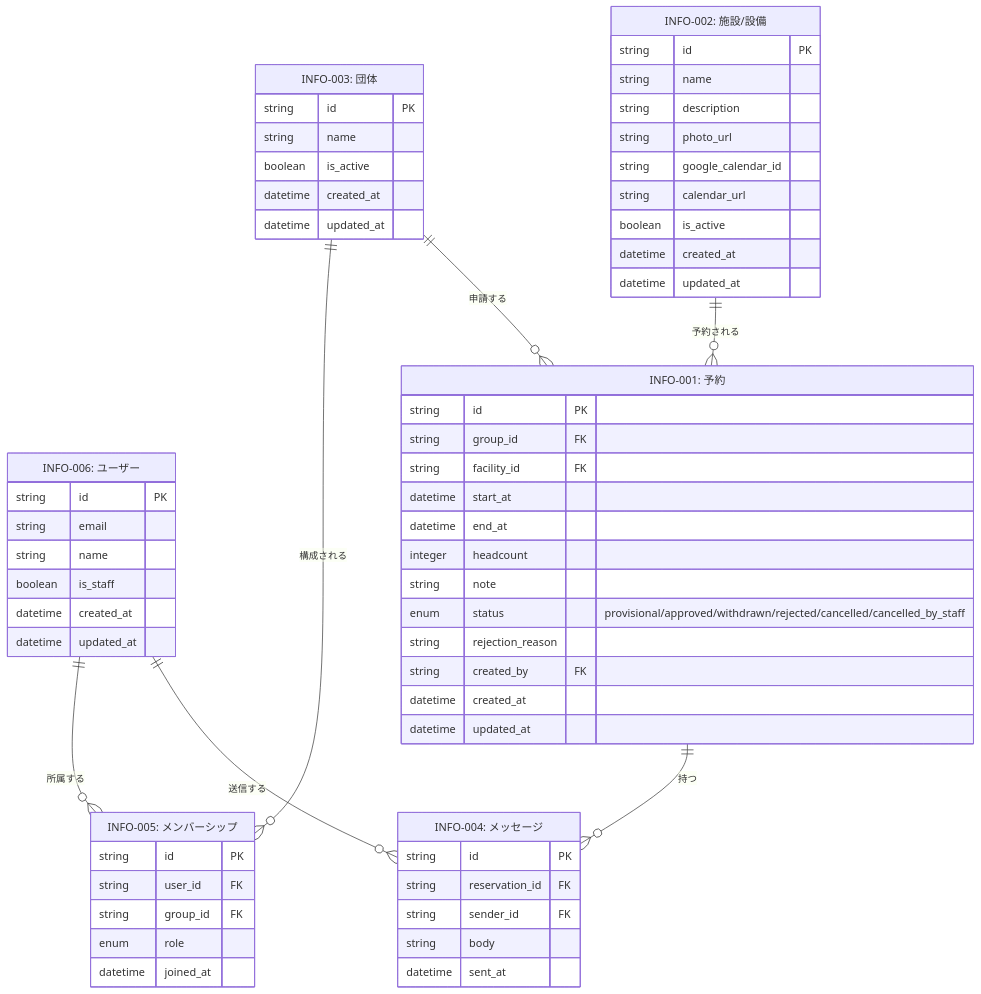
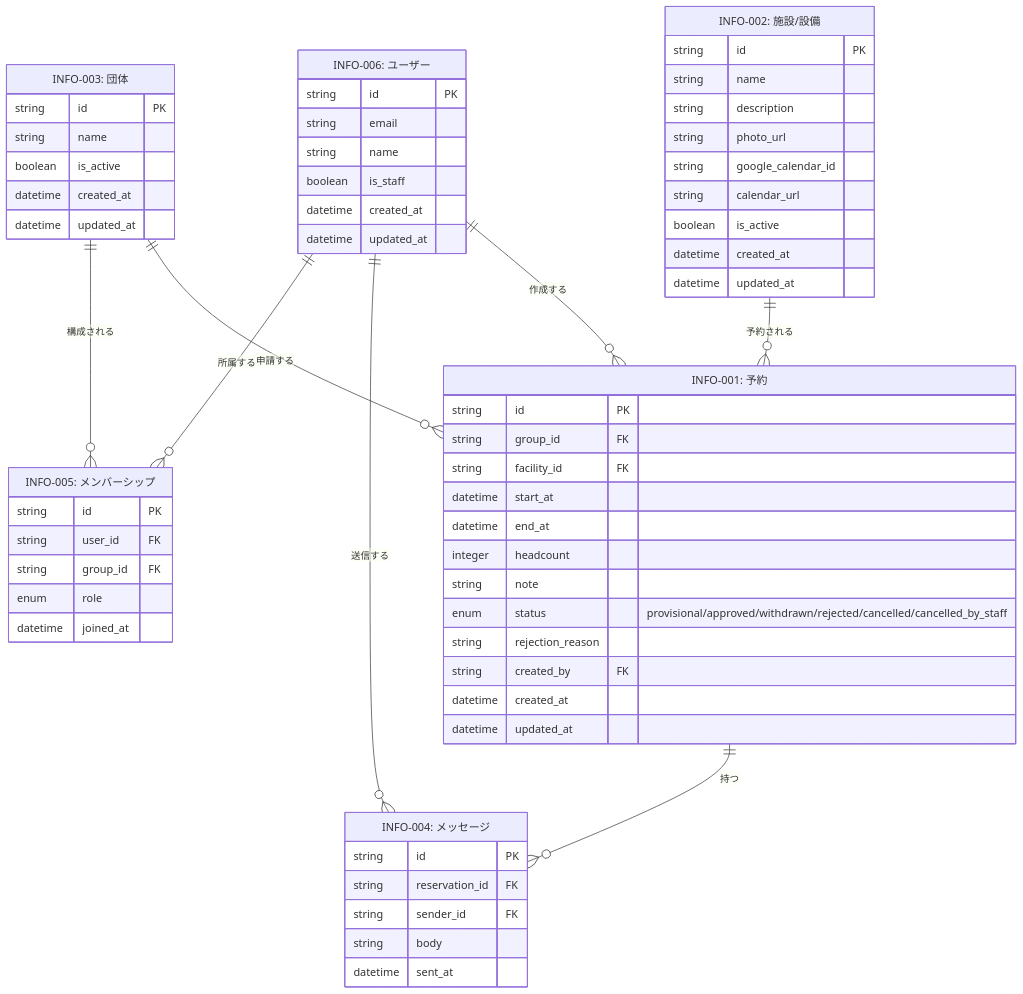
One commit to gdsc-osaka/iclub-reserve changed the diagram in rdra/shared/information-model.md. Above: the diagram before and after it, drawn with Mermaid. The commit also changed other lines of this file and 5 other files, not shown here.

````diff
--- a/rdra/shared/information-model.md
+++ b/rdra/shared/information-model.md
@@ -255,64 +258,65 @@
 ```mermaid
 erDiagram
     INFO_006 ||--o{ INFO_005 : "所属する"
     INFO_003 ||--o{ INFO_005 : "構成される"
     INFO_003 ||--o{ INFO_001 : "申請する"
     INFO_002 ||--o{ INFO_001 : "予約される"
     INFO_001 ||--o{ INFO_004 : "持つ"
     INFO_006 ||--o{ INFO_004 : "送信する"
+    INFO_006 ||--o{ INFO_001 : "作成する"
 
     INFO_006["INFO-006: ユーザー"] {
         string id PK
         string email
         string name
         boolean is_staff
         datetime created_at
         datetime updated_at
     }
     INFO_003["INFO-003: 団体"] {
         string id PK
         string name
         boolean is_active
         datetime created_at
         datetime updated_at
     }
     INFO_005["INFO-005: メンバーシップ"] {
         string id PK
         string user_id FK
         string group_id FK
         enum role
         datetime joined_at
     }
     INFO_002["INFO-002: 施設/設備"] {
         string id PK
         string name
         string description
         string photo_url
         string google_calendar_id
         string calendar_url
         boolean is_active
         datetime created_at
         datetime updated_at
     }
     INFO_001["INFO-001: 予約"] {
         string id PK
         string group_id FK
         string facility_id FK
         datetime start_at
         datetime end_at
         integer headcount
         string note
         enum status "provisional/approved/withdrawn/rejected/cancelled/cancelled_by_staff"
         string rejection_reason
         string created_by FK
         datetime created_at
         datetime updated_at
     }
     INFO_004["INFO-004: メッセージ"] {
         string id PK
         string reservation_id FK
         string sender_id FK
         string body
         datetime sent_at
     }
 ```
````
